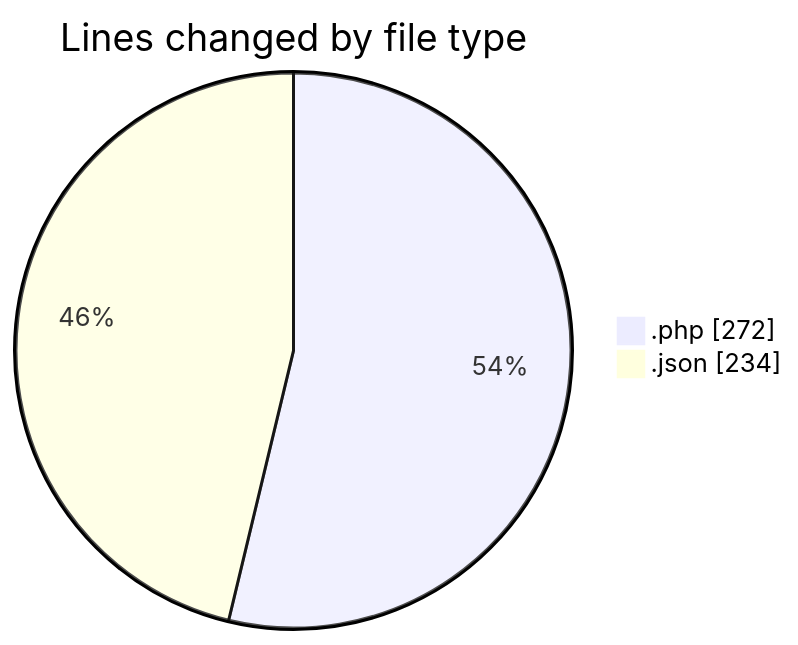
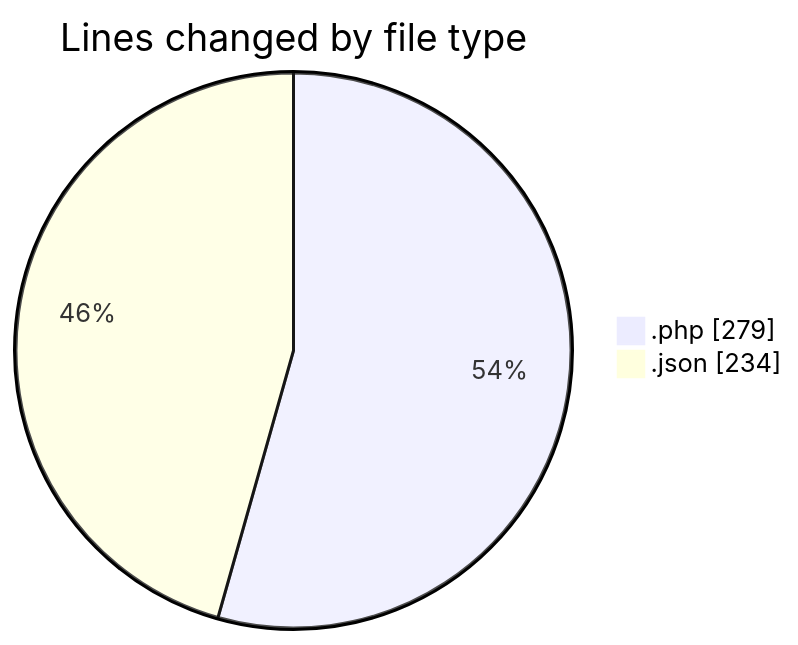
One commit to idhammustaqopulfikri/code-tracking changed the first of 2 diagrams in 2025-04-19/autodidak/README.md. Above: the diagram before and after it, drawn with Mermaid. The commit also changed other lines of this file and 1 other file, not shown here.

````diff
--- a/2025-04-19/autodidak/README.md
+++ b/2025-04-19/autodidak/README.md
@@ -25,6 +25,6 @@
 ```mermaid
 pie showData
 title Lines changed by file type
-".php" : 272
+".php" : 279
 ".json" : 234
 ```
````
